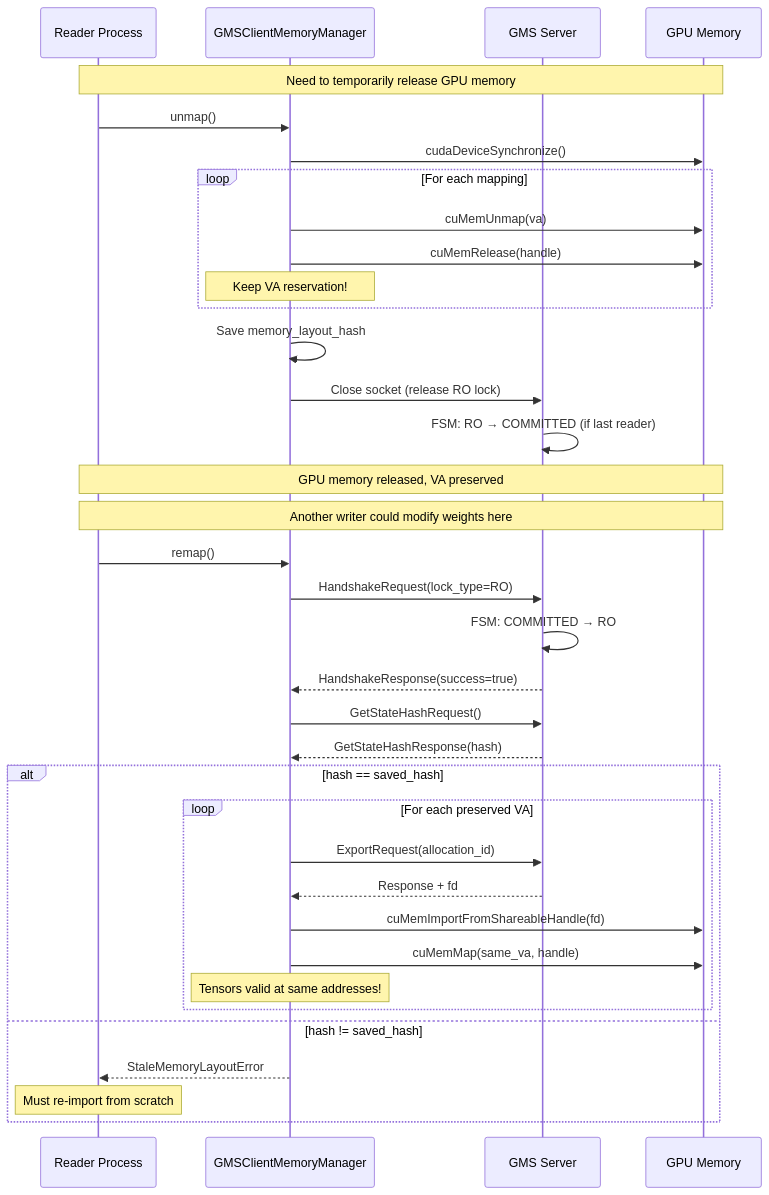
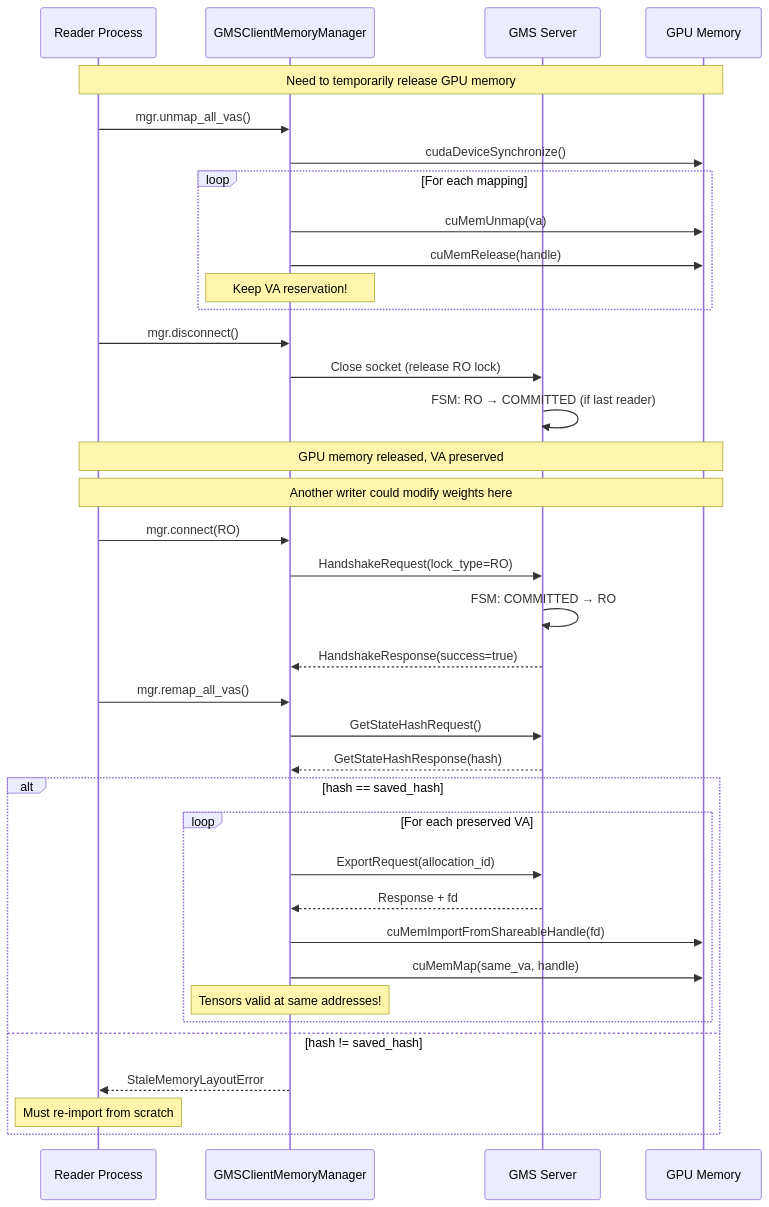
Before and after one commit to ai-dynamo/dynamo: the fifth of 6 diagrams in lib/gpu_memory_service/README.md, drawn with Mermaid. The commit also changed other lines of this file and 21 other files, not shown here.

````diff
--- a/lib/gpu_memory_service/README.md
+++ b/lib/gpu_memory_service/README.md
@@ -239,46 +241,47 @@
 ```mermaid
 sequenceDiagram
     participant R as Reader Process
     participant C as GMSClientMemoryManager
     participant S as GMS Server
     participant GPU as GPU Memory
 
     Note over R,GPU: Need to temporarily release GPU memory
 
-    R->>C: unmap()
+    R->>C: mgr.unmap_all_vas()
     C->>GPU: cudaDeviceSynchronize()
 
     loop For each mapping
         C->>GPU: cuMemUnmap(va)
         C->>GPU: cuMemRelease(handle)
         Note over C: Keep VA reservation!
     end
 
-    C->>C: Save memory_layout_hash
+    R->>C: mgr.disconnect()
     C->>S: Close socket (release RO lock)
     S->>S: FSM: RO → COMMITTED (if last reader)
 
     Note over R,GPU: GPU memory released, VA preserved
     Note over R,GPU: Another writer could modify weights here
 
-    R->>C: remap()
+    R->>C: mgr.connect(RO)
     C->>S: HandshakeRequest(lock_type=RO)
     S->>S: FSM: COMMITTED → RO
     S-->>C: HandshakeResponse(success=true)
 
+    R->>C: mgr.remap_all_vas()
     C->>S: GetStateHashRequest()
     S-->>C: GetStateHashResponse(hash)
 
     alt hash == saved_hash
         loop For each preserved VA
             C->>S: ExportRequest(allocation_id)
             S-->>C: Response + fd
             C->>GPU: cuMemImportFromShareableHandle(fd)
             C->>GPU: cuMemMap(same_va, handle)
             Note over C: Tensors valid at same addresses!
         end
     else hash != saved_hash
         C-->>R: StaleMemoryLayoutError
         Note over R: Must re-import from scratch
     end
 ```
````
